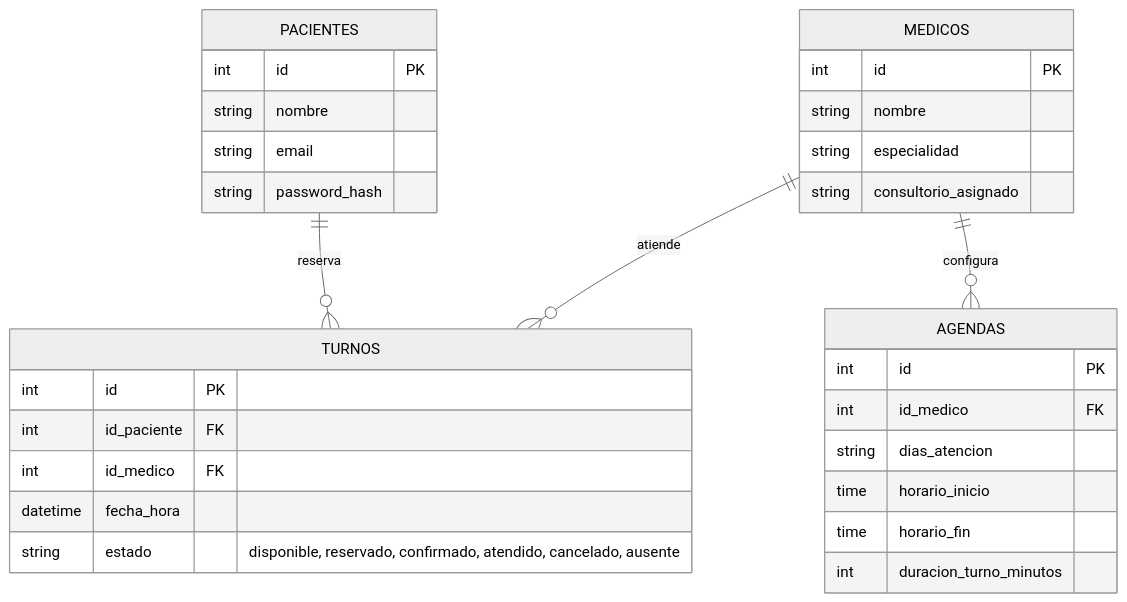
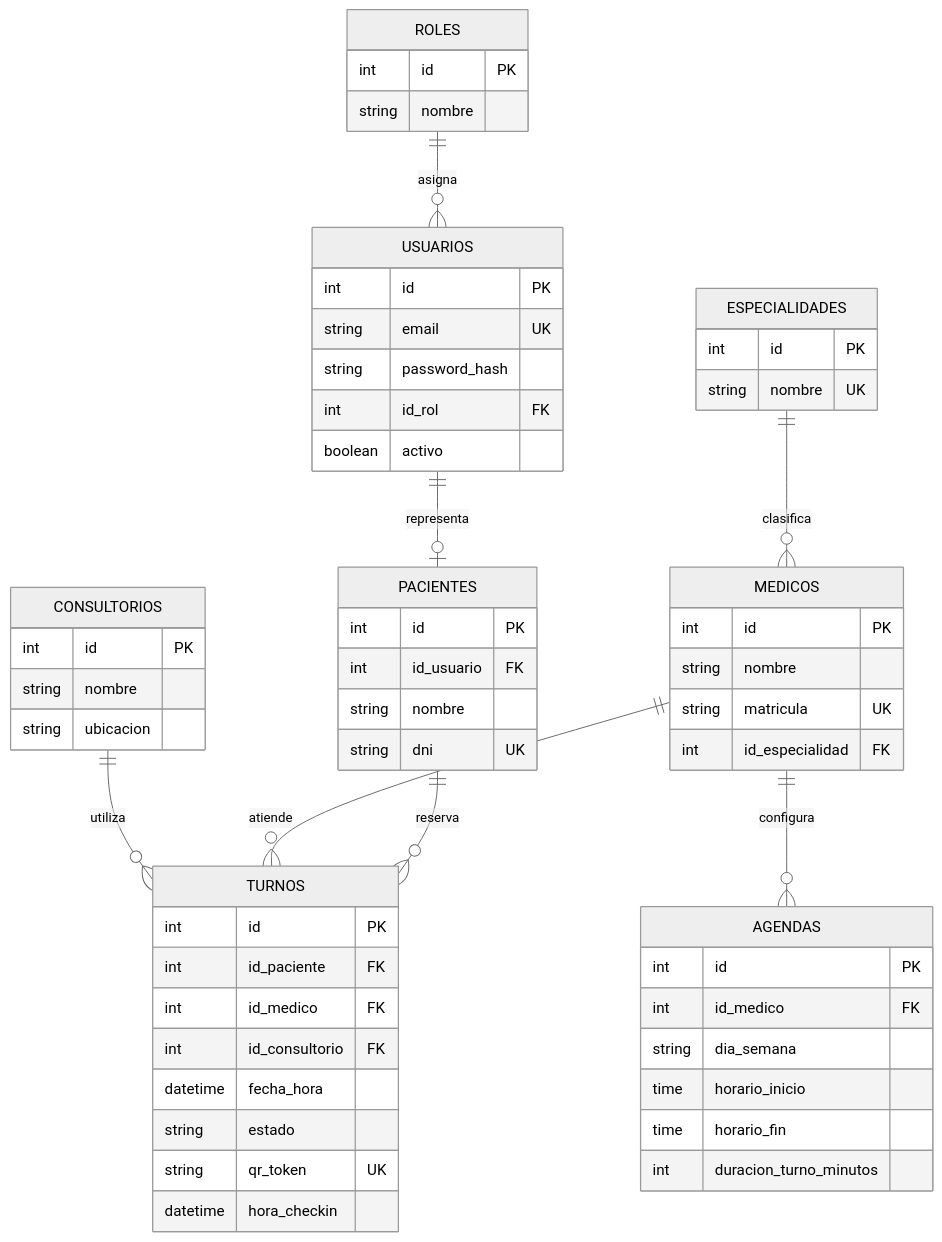
One commit to Jcasco-Fiuba/centro-medico-salud-integral changed the first of 3 diagrams in docs/diagramas.md. Above: the diagram before and after it, drawn with Mermaid (neutral theme). The commit also changed other lines of this file and 3 other files, not shown here.

````diff
--- a/docs/diagramas.md
+++ b/docs/diagramas.md
@@ -6,34 +6,61 @@
 ```mermaid
 erDiagram
-    PACIENTES ||--o{ TURNOS : reserva
+    ROLES ||--o{ USUARIOS : asigna
+    USUARIOS ||--o| PACIENTES : representa
+    ESPECIALIDADES ||--o{ MEDICOS : clasifica
+    CONSULTORIOS ||--o{ TURNOS : utiliza
     MEDICOS ||--o{ AGENDAS : configura
     MEDICOS ||--o{ TURNOS : atiende
+    PACIENTES ||--o{ TURNOS : reserva
 
+    ROLES {
+        int id PK
+        string nombre
+    }
+    USUARIOS {
+        int id PK
+        string email UK
+        string password_hash
+        int id_rol FK
+        boolean activo
+    }
     PACIENTES {
         int id PK
+        int id_usuario FK
         string nombre
-        string email
-        string password_hash
+        string dni UK
+    }
+    ESPECIALIDADES {
+        int id PK
+        string nombre UK
     }
     MEDICOS {
         int id PK
         string nombre
-        string especialidad
-        string consultorio_asignado
+        string matricula UK
+        int id_especialidad FK
+    }
+    CONSULTORIOS {
+        int id PK
+        string nombre
+        string ubicacion
     }
     AGENDAS {
         int id PK
         int id_medico FK
-        string dias_atencion
+        string dia_semana
         time horario_inicio
         time horario_fin
         int duracion_turno_minutos
     }
     TURNOS {
         int id PK
         int id_paciente FK
         int id_medico FK
+        int id_consultorio FK
         datetime fecha_hora
-        string estado "disponible, reservado, confirmado, atendido, cancelado, ausente"
+        string estado
+        string qr_token UK
+        datetime hora_checkin
     }
 ```
````
